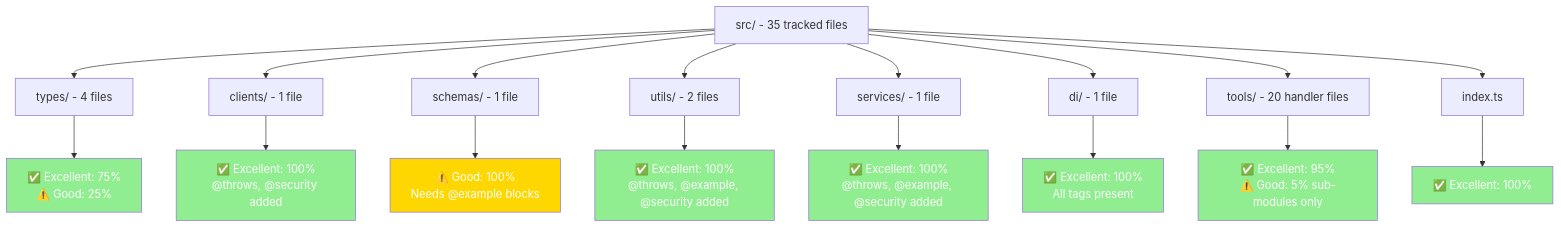
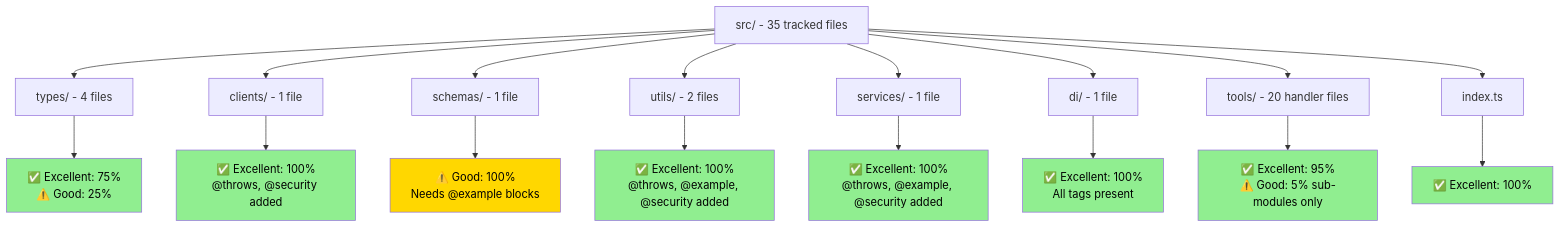
One commit to Hack23/European-Parliament-MCP-Server changed the first of 3 diagrams in docs/api/media/JSDOC_COVERAGE_VISUALIZATION.md. Above: the diagram before and after it, drawn with Mermaid. The commit also changed other lines of this file and 14 other files, not shown here.

````diff
--- a/docs/api/media/JSDOC_COVERAGE_VISUALIZATION.md
+++ b/docs/api/media/JSDOC_COVERAGE_VISUALIZATION.md
@@ -47,39 +47,39 @@
 ```mermaid
 graph TB
     Root[src/ - 35 tracked files]
 
     Root --> Types[types/ - 4 files]
     Root --> Clients[clients/ - 1 file]
     Root --> Schemas[schemas/ - 1 file]
     Root --> Utils[utils/ - 2 files]
     Root --> Services[services/ - 1 file]
     Root --> DI[di/ - 1 file]
     Root --> Tools[tools/ - 20 handler files]
     Root --> Index[index.ts]
 
     Types --> TypesStatus[✅ Excellent: 75%<br/>⚠️ Good: 25%]
     Clients --> ClientsStatus[✅ Excellent: 100%<br/>@throws, @security added]
     Schemas --> SchemasStatus[⚠️ Good: 100%<br/>Needs @example blocks]
     Utils --> UtilsStatus[✅ Excellent: 100%<br/>@throws, @example, @security added]
     Services --> ServicesStatus[✅ Excellent: 100%<br/>@throws, @example, @security added]
     DI --> DIStatus[✅ Excellent: 100%<br/>All tags present]
     Tools --> ToolsStatus[✅ Excellent: 95%<br/>⚠️ Good: 5% sub-modules only]
     Index --> IndexStatus[✅ Excellent: 100%]
 
-    style TypesStatus fill:#90EE90,color:#ffffff
+    style TypesStatus fill:#90EE90,color:#000000
 
-    style ClientsStatus fill:#90EE90,color:#ffffff
+    style ClientsStatus fill:#90EE90,color:#000000
 
-    style SchemasStatus fill:#FFD700,color:#ffffff
+    style SchemasStatus fill:#FFD700,color:#000000
 
-    style UtilsStatus fill:#90EE90,color:#ffffff
+    style UtilsStatus fill:#90EE90,color:#000000
 
-    style ServicesStatus fill:#90EE90,color:#ffffff
+    style ServicesStatus fill:#90EE90,color:#000000
 
-    style DIStatus fill:#90EE90,color:#ffffff
+    style DIStatus fill:#90EE90,color:#000000
 
-    style ToolsStatus fill:#90EE90,color:#ffffff
+    style ToolsStatus fill:#90EE90,color:#000000
 
-    style IndexStatus fill:#90EE90,color:#ffffff
+    style IndexStatus fill:#90EE90,color:#000000
 
 ```
````
